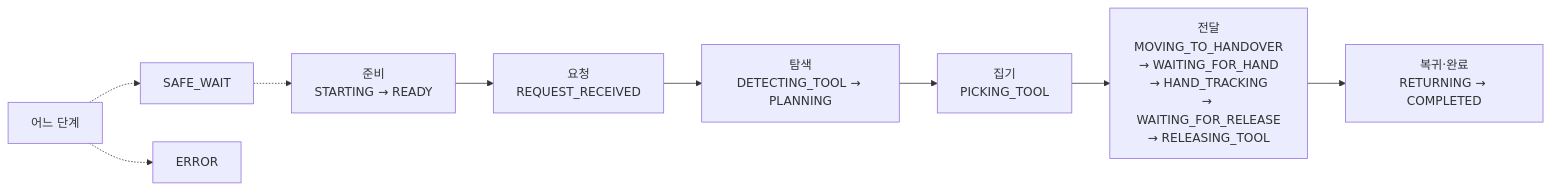
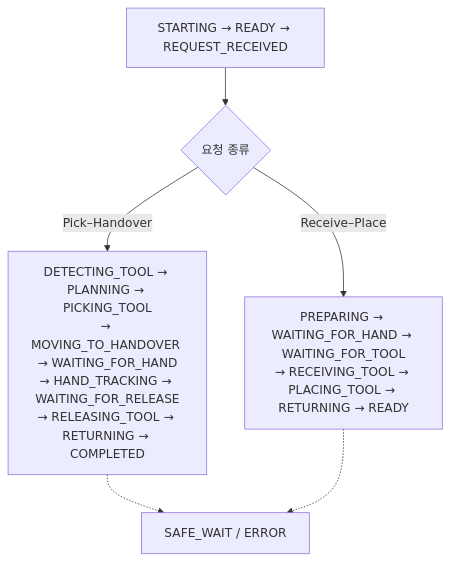
The second of 2 diagrams in README.md (yongyong98/orchestra-display-integration), drawn with Mermaid before and after one commit. The commit also changed other lines of this file and 8 other files, not shown here.

````diff
--- a/README.md
+++ b/README.md
@@ -105,12 +131,8 @@
 ```mermaid
-flowchart LR
-    A["준비<br/>STARTING → READY"] --> B["요청<br/>REQUEST_RECEIVED"]
-    B --> C["탐색<br/>DETECTING_TOOL → PLANNING"]
-    C --> D["집기<br/>PICKING_TOOL"]
-    D --> E["전달<br/>MOVING_TO_HANDOVER<br/>→ WAITING_FOR_HAND<br/>→ HAND_TRACKING<br/>→ WAITING_FOR_RELEASE<br/>→ RELEASING_TOOL"]
-    E --> F["복귀·완료<br/>RETURNING → COMPLETED"]
-
-    X["어느 단계"] -.-> S["SAFE_WAIT"]
-    S -.-> A
-    X -.-> R["ERROR"]
+flowchart TB
+    A["STARTING → READY → REQUEST_RECEIVED"] --> B{"요청 종류"}
+    B -->|Pick–Handover| P["DETECTING_TOOL → PLANNING → PICKING_TOOL<br/>→ MOVING_TO_HANDOVER → WAITING_FOR_HAND<br/>→ HAND_TRACKING → WAITING_FOR_RELEASE<br/>→ RELEASING_TOOL → RETURNING → COMPLETED"]
+    B -->|Receive–Place| R["PREPARING → WAITING_FOR_HAND → WAITING_FOR_TOOL<br/>→ RECEIVING_TOOL → PLACING_TOOL → RETURNING → READY"]
+    P -.-> S["SAFE_WAIT / ERROR"]
+    R -.-> S
 ```
````
